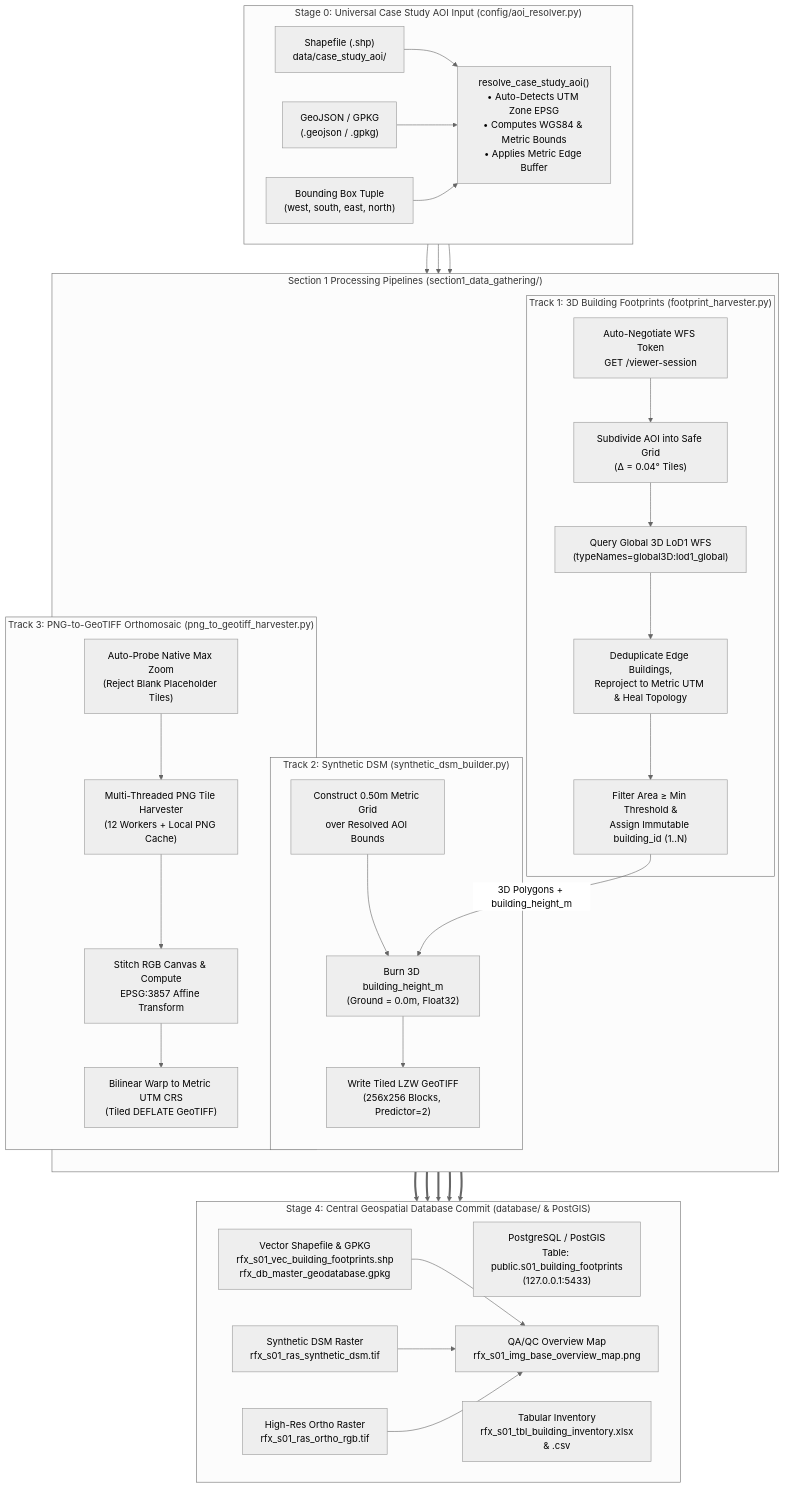
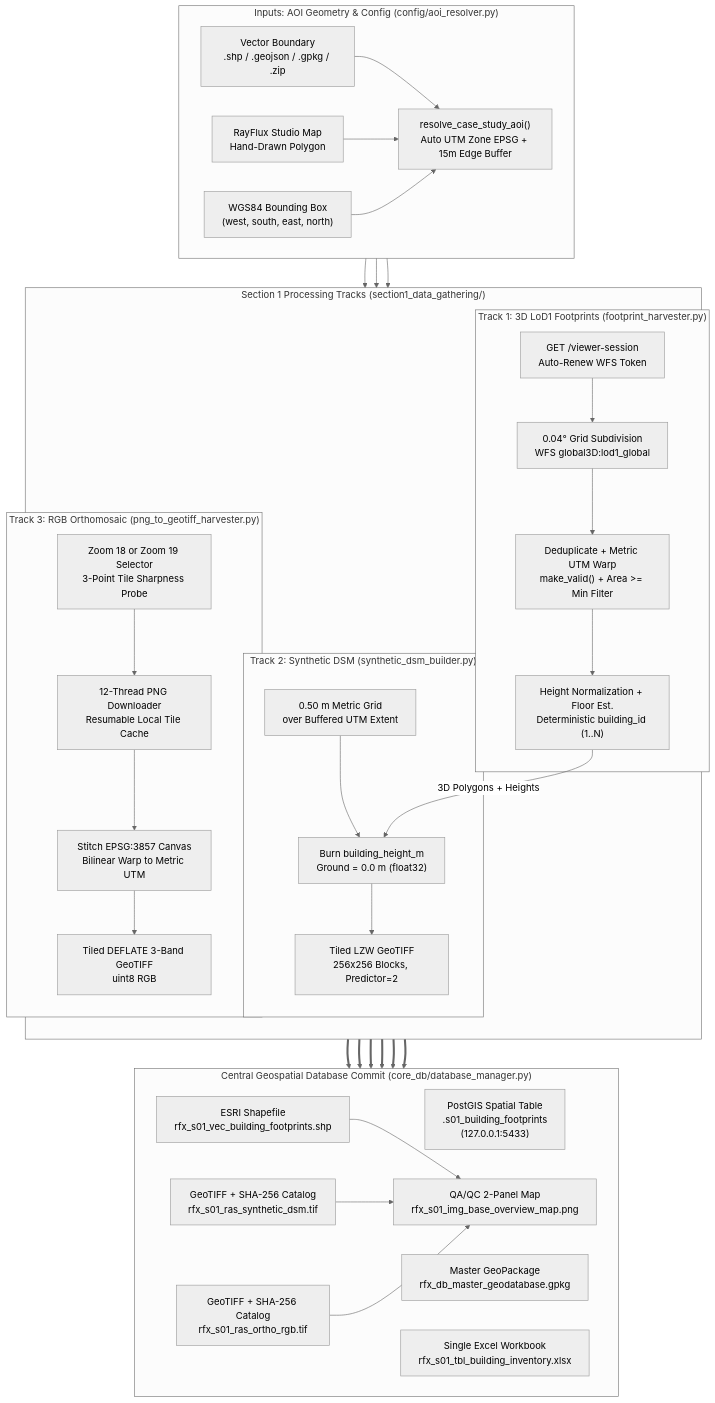
Before and after one commit to alisa6088/RayFlux-EcoSystem: the diagram in section1_data_gathering/README.md, drawn with Mermaid (neutral theme). The commit also changed other lines of this file and 3 other files, not shown here.

Commit message:
docs: comprehensive update of root and Section 1-3 READMEs with full DB I/O, schemas, and Studio docs

````diff
--- a/section1_data_gathering/README.md
+++ b/section1_data_gathering/README.md
@@ -31,56 +36,52 @@
 ```mermaid
 flowchart TD
-    %% INPUT AOI
-    subgraph AOI_IN ["Stage 0: Universal Case Study AOI Input (config/aoi_resolver.py)"]
+    subgraph IN ["Inputs: AOI Geometry & Config (config/aoi_resolver.py)"]
         direction LR
-        IN_SHP["Shapefile (.shp)<br/>data/case_study_aoi/"]
-        IN_GEO["GeoJSON / GPKG<br/>(.geojson / .gpkg)"]
-        IN_BBOX["Bounding Box Tuple<br/>(west, south, east, north)"]
-        RESOLVER["resolve_case_study_aoi()<br/>• Auto-Detects UTM Zone EPSG<br/>• Computes WGS84 & Metric Bounds<br/>• Applies Metric Edge Buffer"]
-        IN_SHP & IN_GEO & IN_BBOX --> RESOLVER
+        IN_FILE["Vector Boundary<br/>.shp / .geojson / .gpkg / .zip"]
+        IN_DRAW["RayFlux Studio Map<br/>Hand-Drawn Polygon"]
+        IN_BBOX["WGS84 Bounding Box<br/>(west, south, east, north)"]
+        RESOLVER["resolve_case_study_aoi()<br/>Auto UTM Zone EPSG + 15m Edge Buffer"]
+        IN_FILE & IN_DRAW & IN_BBOX --> RESOLVER
     end
 
-    %% STAGE 1, 2, 3
-    subgraph S1_CORE ["Section 1 Processing Pipelines (section1_data_gathering/)"]
+    subgraph S1 ["Section 1 Processing Tracks (section1_data_gathering/)"]
         direction TB
-        
-        subgraph TRACK_FP ["Track 1: 3D Building Footprints (footprint_harvester.py)"]
-            T_TOK["Auto-Negotiate WFS Token<br/>GET /viewer-session"] --> T_GRID["Subdivide AOI into Safe Grid<br/>(Δ = 0.04° Tiles)"]
-            T_GRID --> T_WFS["Query Global 3D LoD1 WFS<br/>(typeNames=global3D:lod1_global)"]
-            T_WFS --> T_CLEAN["Deduplicate Edge Buildings,<br/>Reproject to Metric UTM & Heal Topology"]
-            T_CLEAN --> T_ID["Filter Area ≥ Min Threshold &<br/>Assign Immutable building_id (1..N)"]
+        subgraph T1 ["Track 1: 3D LoD1 Footprints (footprint_harvester.py)"]
+            W1["GET /viewer-session<br/>Auto-Renew WFS Token"] --> W2["0.04° Grid Subdivision<br/>WFS global3D:lod1_global"]
+            W2 --> W3["Deduplicate + Metric UTM Warp<br/>make_valid() + Area >= Min Filter"]
+            W3 --> W4["Height Normalization + Floor Est.<br/>Deterministic building_id (1..N)"]
         end
 
-        subgraph TRACK_DSM ["Track 2: Synthetic DSM (synthetic_dsm_builder.py)"]
-            D_GRID["Construct 0.50m Metric Grid<br/>over Resolved AOI Bounds"] --> D_BURN["Burn 3D building_height_m<br/>(Ground = 0.0m, Float32)"]
-            D_BURN --> D_TIF["Write Tiled LZW GeoTIFF<br/>(256x256 Blocks, Predictor=2)"]
+        subgraph T2 ["Track 2: Synthetic DSM (synthetic_dsm_builder.py)"]
+            D1["0.50 m Metric Grid<br/>over Buffered UTM Extent"] --> D2["Burn building_height_m<br/>Ground = 0.0 m (float32)"]
+            D2 --> D3["Tiled LZW GeoTIFF<br/>256x256 Blocks, Predictor=2"]
         end
 
-        subgraph TRACK_IMG ["Track 3: PNG-to-GeoTIFF Orthomosaic (png_to_geotiff_harvester.py)"]
-            I_ZOOM["Auto-Probe Native Max Zoom<br/>(Reject Blank Placeholder Tiles)"] --> I_DL["Multi-Threaded PNG Tile Harvester<br/>(12 Workers + Local PNG Cache)"]
-            I_DL --> I_STITCH["Stitch RGB Canvas & Compute<br/>EPSG:3857 Affine Transform"]
-            I_STITCH --> I_WARP["Bilinear Warp to Metric UTM CRS<br/>(Tiled DEFLATE GeoTIFF)"]
+        subgraph T3 ["Track 3: RGB Orthomosaic (png_to_geotiff_harvester.py)"]
+            O1["Zoom 18 or Zoom 19 Selector<br/>3-Point Tile Sharpness Probe"] --> O2["12-Thread PNG Downloader<br/>Resumable Local Tile Cache"]
+            O2 --> O3["Stitch EPSG:3857 Canvas<br/>Bilinear Warp to Metric UTM"]
+            O3 --> O4["Tiled DEFLATE 3-Band GeoTIFF<br/>uint8 RGB"]
         end
     end
 
-    %% DATABASE COMMIT
-    subgraph DB_OUT ["Stage 4: Central Geospatial Database Commit (database/ & PostGIS)"]
+    subgraph DB ["Central Geospatial Database Commit (core_db/database_manager.py)"]
         direction LR
-        OUT_PG["PostgreSQL / PostGIS<br/>Table: public.s01_building_footprints<br/>(127.0.0.1:5433)"]
-        OUT_SHP["Vector Shapefile & GPKG<br/>rfx_s01_vec_building_footprints.shp<br/>rfx_db_master_geodatabase.gpkg"]
-        OUT_XLS["Tabular Inventory<br/>rfx_s01_tbl_building_inventory.xlsx<br/>& .csv"]
-        OUT_DSM["Synthetic DSM Raster<br/>rfx_s01_ras_synthetic_dsm.tif"]
-        OUT_ORT["High-Res Ortho Raster<br/>rfx_s01_ras_ortho_rgb.tif"]
-        OUT_MAP["QA/QC Overview Map<br/>rfx_s01_img_base_overview_map.png"]
+        PG["PostGIS Spatial Table<br/><schema>.s01_building_footprints<br/>(127.0.0.1:5433)"]
+        GPKG["Master GeoPackage<br/>rfx_db_master_geodatabase.gpkg"]
+        SHP["ESRI Shapefile<br/>rfx_s01_vec_building_footprints.shp"]
+        XLS["Single Excel Workbook<br/>rfx_s01_tbl_building_inventory.xlsx"]
+        R_DSM["GeoTIFF + SHA-256 Catalog<br/>rfx_s01_ras_synthetic_dsm.tif"]
+        R_ORT["GeoTIFF + SHA-256 Catalog<br/>rfx_s01_ras_ortho_rgb.tif"]
+        QA["QA/QC 2-Panel Map<br/>rfx_s01_img_base_overview_map.png"]
     end
 
-    RESOLVER --> T_TOK
-    RESOLVER --> D_GRID
-    RESOLVER --> I_ZOOM
-    T_ID -->|3D Polygons + building_height_m| D_BURN
+    RESOLVER --> W1
+    RESOLVER --> D1
+    RESOLVER --> O1
+    W4 -->|3D Polygons + Heights| D2
 
-    T_ID ==> OUT_PG & OUT_SHP & OUT_XLS
-    D_TIF ==> OUT_DSM
-    I_WARP ==> OUT_ORT
-    OUT_SHP & OUT_DSM & OUT_ORT --> OUT_MAP
+    W4 ==> PG & GPKG & SHP & XLS
+    D3 ==> R_DSM
+    O4 ==> R_ORT
+    SHP & R_DSM & R_ORT --> QA
 ```
````
